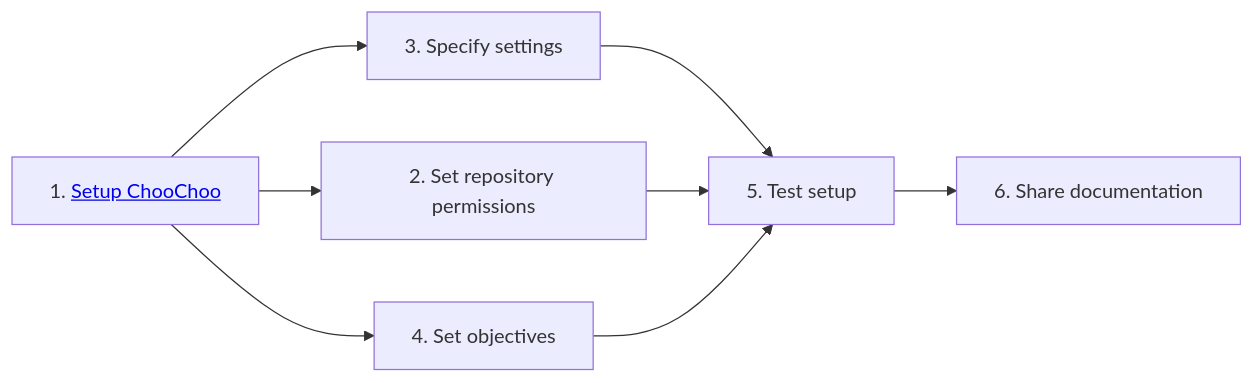
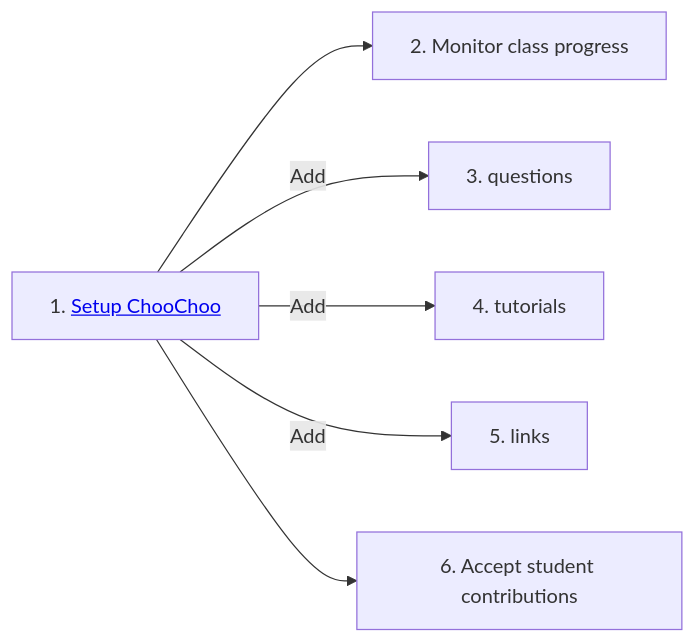
The diagram in docs/instructors/basic.md (lucydot/ChooChoo), drawn with Mermaid before and after one commit. The commit also changed other lines of this file, not shown here.

````diff
--- a/docs/instructors/basic.md
+++ b/docs/instructors/basic.md
@@ -3,10 +3,8 @@
 ``` mermaid
 graph LR
-  A[1. <a href='./setup.md'>Setup ChooChoo</a>] --> B[2. Set repository permissions];
-  A --> C[3. Specify settings];
-  A --> D[4. Set objectives];
-  C --> E[5. Test setup];
-  B --> E;
-  D --> E;
-  E --> F[6. Share documentation];
+  A[1. <a href='./setup.md'>Setup ChooChoo</a>] --> B[2. Monitor class progress];
+  A --Add--> C[3. questions];
+  A --Add--> D[4. tutorials];
+  A --Add--> E[5. links]
+  A --> F[6. Accept student contributions];
 ```
````
